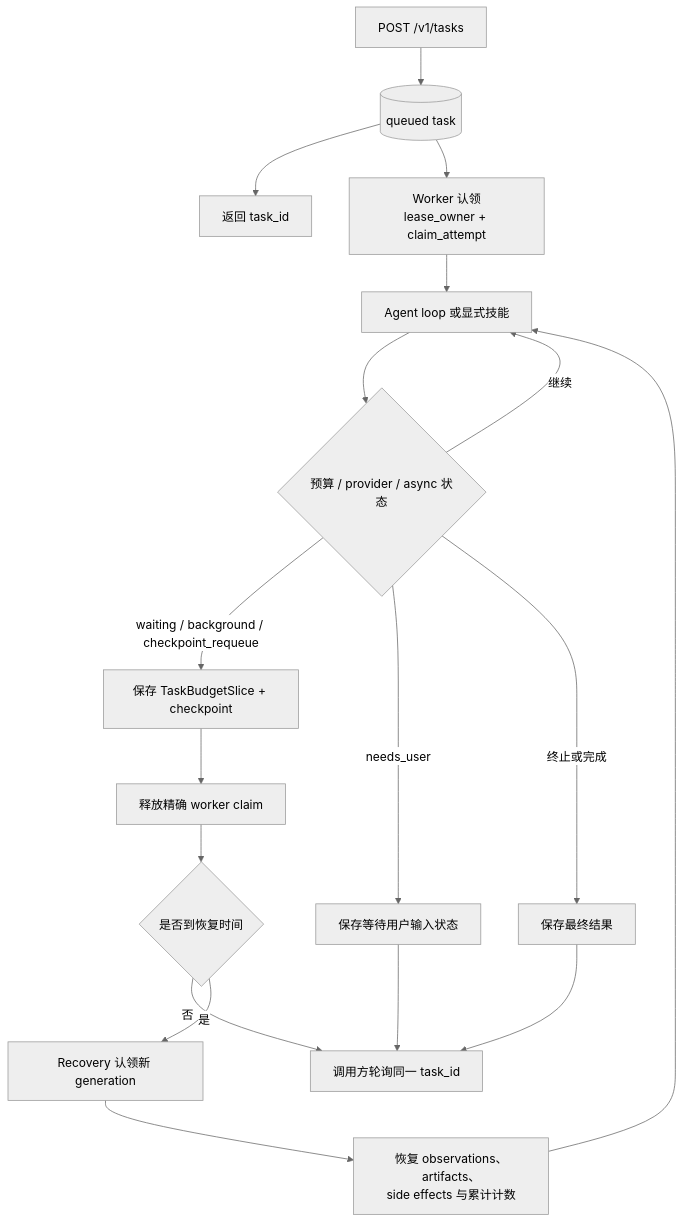
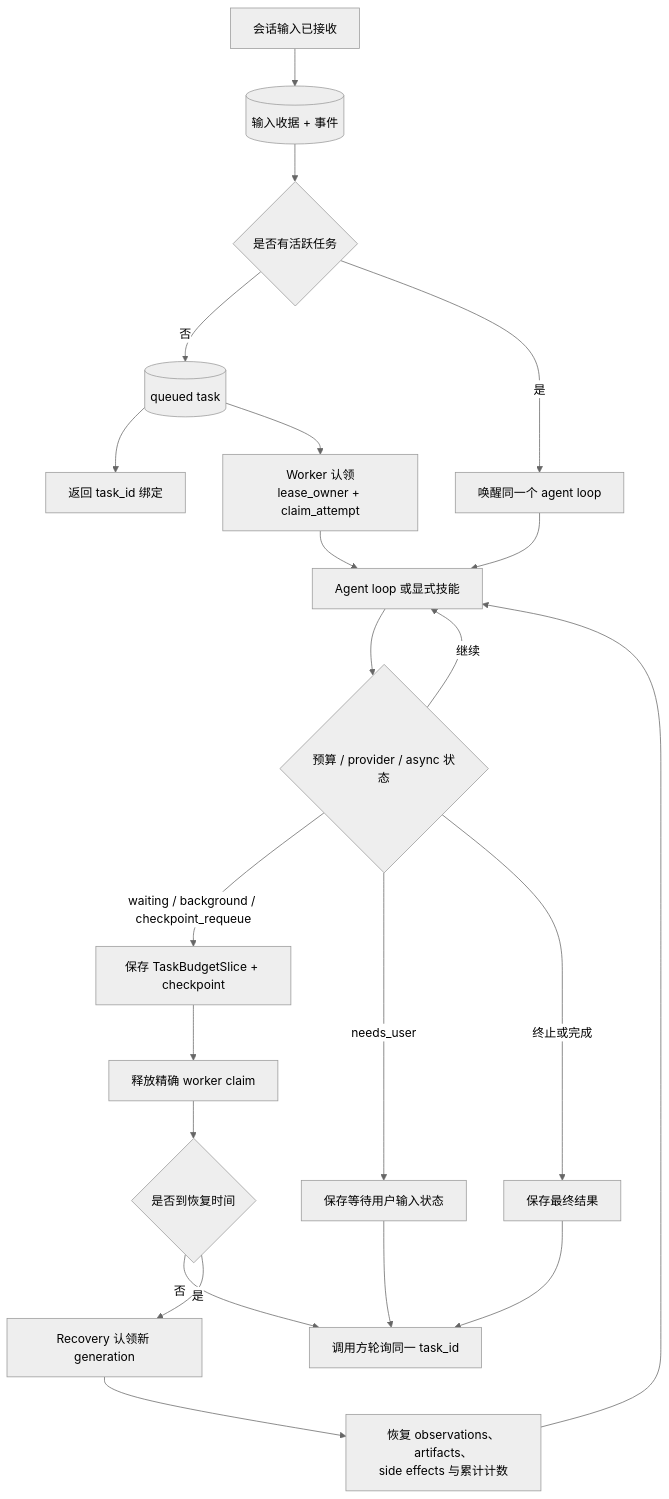
The first of 4 diagrams in docs/architecture/03-task-state-context.zh-CN.md (MatrixCoreX/RustClaw), drawn with Mermaid (neutral theme) before and after one commit. The commit also changed other lines of this file and 303 other files, not shown here.

````diff
--- a/docs/architecture/03-task-state-context.zh-CN.md
+++ b/docs/architecture/03-task-state-context.zh-CN.md
@@ -15,20 +15,24 @@
 ```mermaid
 flowchart TD
-    A[POST /v1/tasks] --> B[(queued task)]
-    B --> C[返回 task_id]
+    A[会话输入已接收] --> A1[(输入收据 + 事件)]
+    A1 --> A2{是否有活跃任务}
+    A2 -->|否| B[(queued task)]
+    A2 -->|是| A3[唤醒同一个 agent loop]
+    B --> C[返回 task_id 绑定]
     B --> D[Worker 认领<br/>lease_owner + claim_attempt]
     D --> E[Agent loop 或显式技能]
+    A3 --> E
     E --> F{预算 / provider / async 状态}
     F -->|继续| E
     F -->|waiting / background / checkpoint_requeue| G[保存 TaskBudgetSlice + checkpoint]
     G --> H[释放精确 worker claim]
     H --> I{是否到恢复时间}
     I -->|否| J[调用方轮询同一 task_id]
     I -->|是| K[Recovery 认领新 generation]
     K --> L[恢复 observations、artifacts、<br/>side effects 与累计计数]
     L --> E
     F -->|needs_user| N[保存等待用户输入状态]
     N --> J
     F -->|终止或完成| M[保存最终结果]
     M --> J
 ```
````
